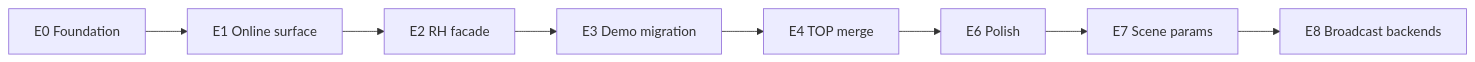
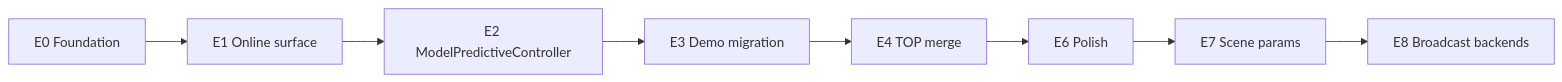
Before and after one commit to alx87grd/minilink: the diagram in docs/plans/mpc-rh-refactor/phases.md, drawn with Mermaid. The commit also changed other lines of this file and 12 other files, not shown here.

````diff
--- a/docs/plans/mpc-rh-refactor/phases.md
+++ b/docs/plans/mpc-rh-refactor/phases.md
@@ -45,13 +45,13 @@
 ```mermaid
 flowchart LR
   E0[E0 Foundation]
   E1[E1 Online surface]
-  E2[E2 RH facade]
+  E2[E2 ModelPredictiveController]
   E3[E3 Demo migration]
   E4[E4 TOP merge]
   E6[E6 Polish]
   E7[E7 Scene params]
   E8[E8 Broadcast backends]
 
   E0 --> E1 --> E2 --> E3 --> E4 --> E6 --> E7 --> E8
 ```
````
